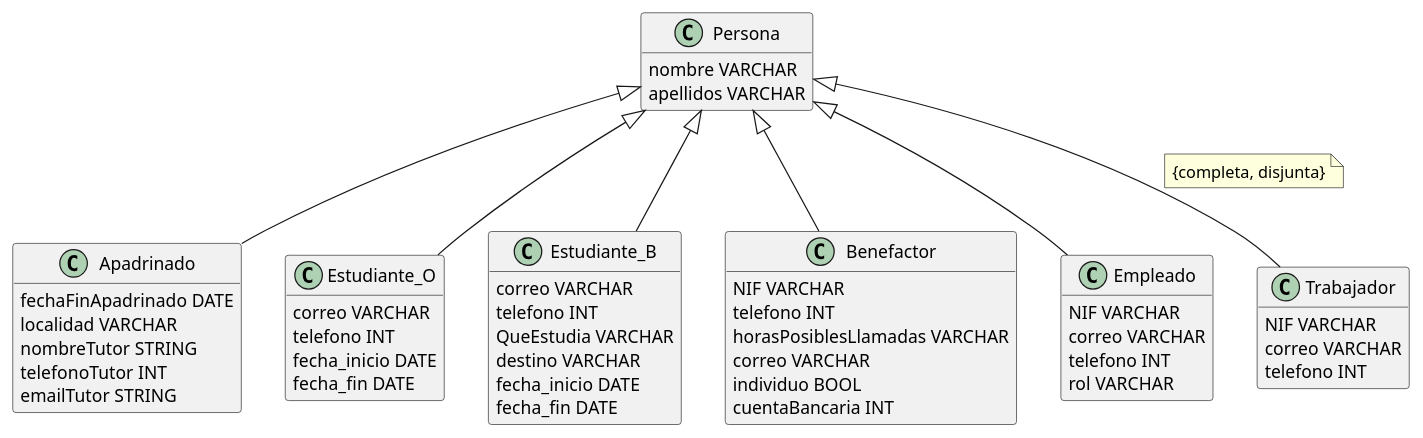
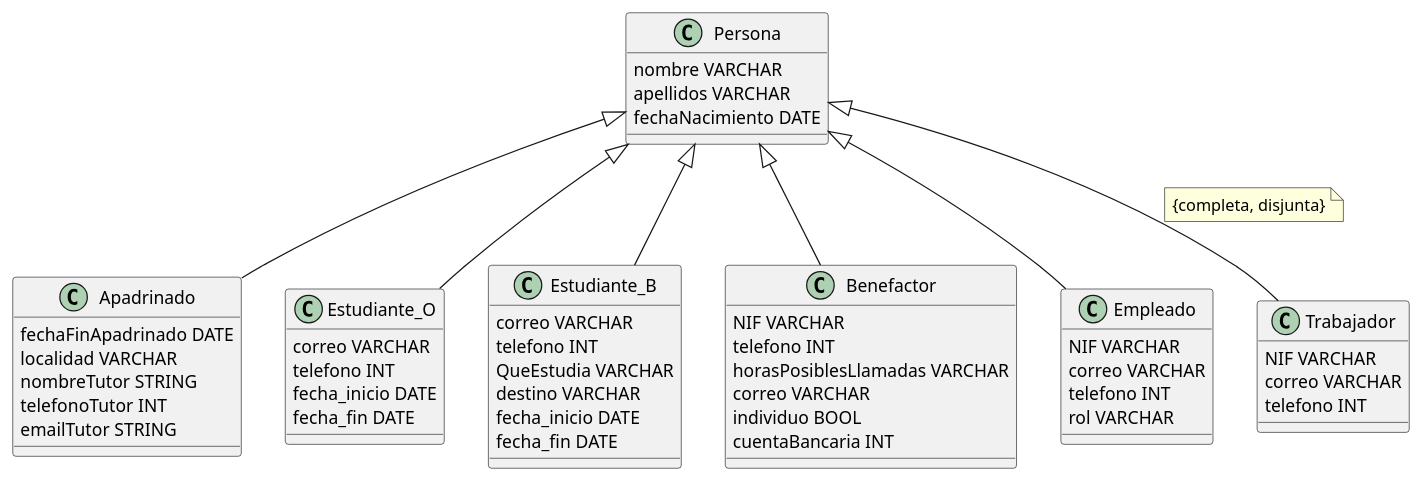
Before and after one commit to albporfer1-64/Grupo_Proyecto_DB: the diagram in modelo_conceptual /persona.puml, drawn with PlantUML. The commit also changed 4 other files, not shown here.

```diff
--- a/modelo_conceptual /persona.puml
+++ b/modelo_conceptual /persona.puml
@@ -1,68 +1,68 @@
 @startuml hola
-hide methods
 skinparam classAttributeIconSize 0
 
 class Persona{
     nombre VARCHAR
     apellidos VARCHAR
-    fechaNacimiento DATE (puede ser NULL)
+    fechaNacimiento DATE 
+    '(puede ser NULL)
 }
 
 'Subclases de Persona:
 Persona <|-- Apadrinado
 Persona <|-- Estudiante_O
 Persona <|-- Estudiante_B
 Persona <|-- Benefactor
 Persona <|-- Empleado
 Persona <|-- Trabajador
 
 'Restricción de cobertura:
 note on link : {completa, disjunta}
 
 class Trabajador{
     NIF VARCHAR
     correo VARCHAR
     telefono INT
 }
 
 class Empleado{
     NIF VARCHAR
     correo VARCHAR
     telefono INT
     rol VARCHAR
 }
 
 class Benefactor{
     NIF VARCHAR
     telefono INT
     horasPosiblesLlamadas VARCHAR
     correo VARCHAR
     individuo BOOL
     cuentaBancaria INT
 }
 
 class Estudiante_B{
     correo VARCHAR
     telefono INT
     QueEstudia VARCHAR
     destino VARCHAR
     fecha_inicio DATE
     fecha_fin DATE
 }
 
 class Estudiante_O{
     correo VARCHAR
     telefono INT
     fecha_inicio DATE
     fecha_fin DATE
 }
 
 class Apadrinado{
     fechaFinApadrinado DATE
     localidad VARCHAR
     nombreTutor STRING
     telefonoTutor INT
     emailTutor STRING
 }
 
 @enduml
```
